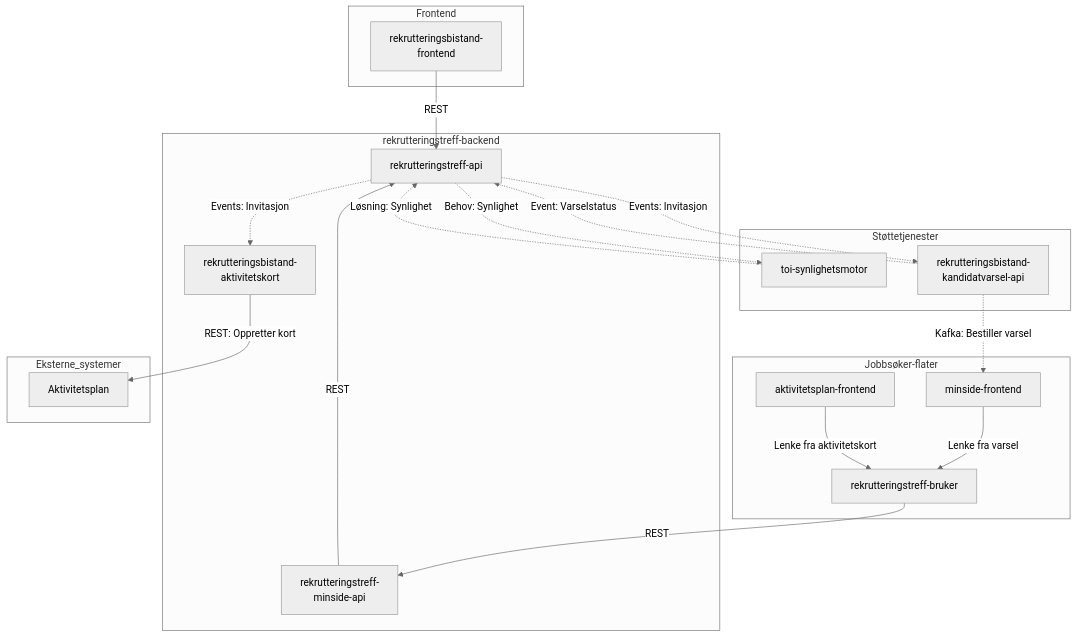
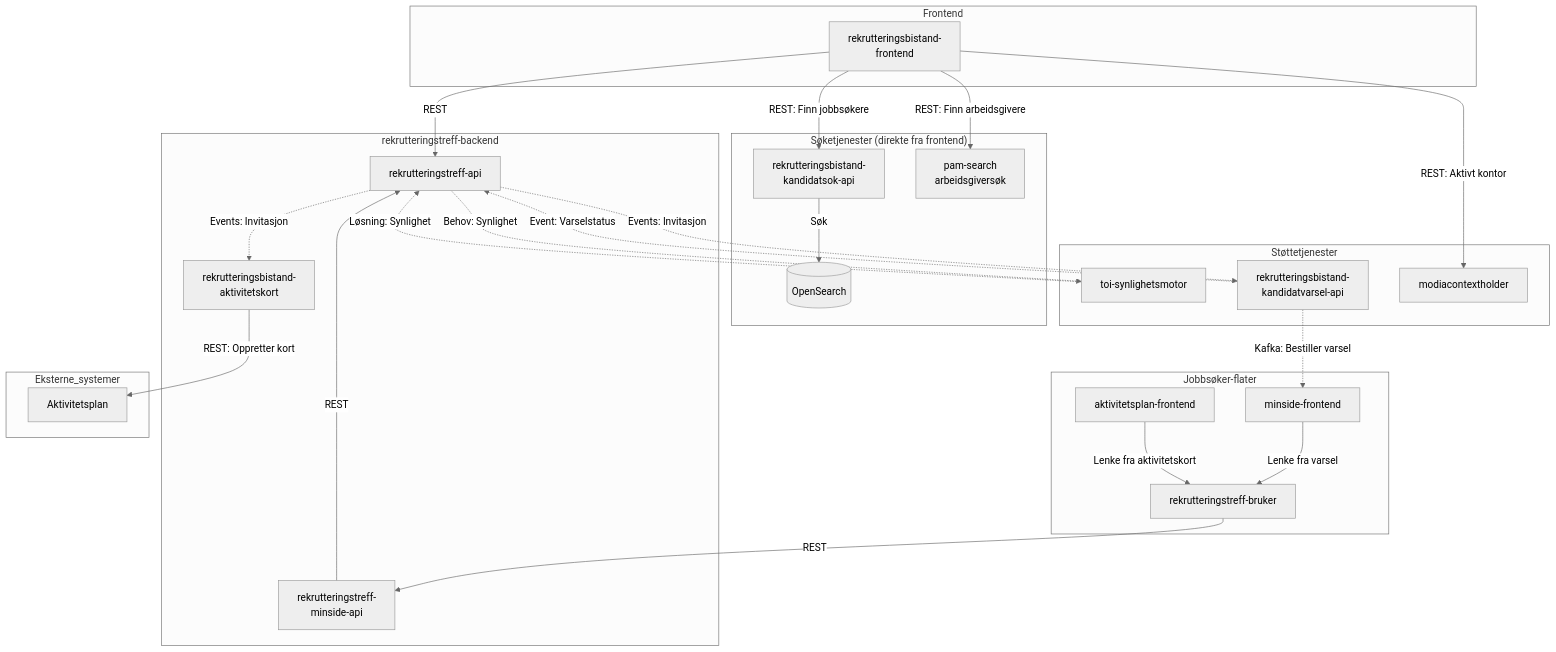
The diagram in docs/1-oversikt/oversikt.md (navikt/rekrutteringstreff-backend), drawn with Mermaid (neutral theme) before and after one commit. The commit also changed other lines of this file and 5 other files, not shown here.

````diff
--- a/docs/1-oversikt/oversikt.md
+++ b/docs/1-oversikt/oversikt.md
@@ -17,46 +17,57 @@
 ```mermaid
 graph TD
     subgraph Frontend
         RBF[rekrutteringsbistand-<br/>frontend]
     end
 
     subgraph "Jobbsøker-flater"
         RTB[rekrutteringstreff-bruker]
         MINSIDE_FE[minside-frontend]
         AKTIVITET_FE[aktivitetsplan-frontend]
     end
 
     subgraph "rekrutteringstreff-backend"
         API[rekrutteringstreff-api]
         MINSIDE_API[rekrutteringstreff-<br/>minside-api]
         AK[rekrutteringsbistand-<br/>aktivitetskort]
     end
 
+    subgraph "Søketjenester (direkte fra frontend)"
+        KSOK[rekrutteringsbistand-<br/>kandidatsok-api]
+        OS[(OpenSearch)]
+        PAM[pam-search<br/>arbeidsgiversøk]
+    end
+
     subgraph Støttetjenester
         SYN[toi-synlighetsmotor]
         VARSEL[rekrutteringsbistand-<br/>kandidatvarsel-api]
+        MODIA[modiacontextholder]
     end
 
     subgraph Eksterne_systemer
         AKTIVITET[Aktivitetsplan]
     end
 
     %% Kommunikasjon (REST)
     RBF -->|REST| API
+    RBF -->|REST: Finn jobbsøkere| KSOK
+    RBF -->|REST: Finn arbeidsgivere| PAM
+    RBF -->|REST: Aktivt kontor| MODIA
+    KSOK -->|Søk| OS
     RTB -->|REST| MINSIDE_API
     MINSIDE_API -->|REST| API
     AK -->|REST: Oppretter kort| AKTIVITET
 
     %% Jobbsøker-innganger
     MINSIDE_FE -->|Lenke fra varsel| RTB
     AKTIVITET_FE -->|Lenke fra aktivitetskort| RTB
 
     %% Kafka-flyt (Rapids & Rivers)
     API -.->|Events: Invitasjon| AK
     API -.->|Events: Invitasjon| VARSEL
     API -.->|Behov: Synlighet| SYN
     VARSEL -.->|Kafka: Bestiller varsel| MINSIDE_FE
 
     SYN -.->|Løsning: Synlighet| API
     VARSEL -.->|Event: Varselstatus| API
 ```
````
